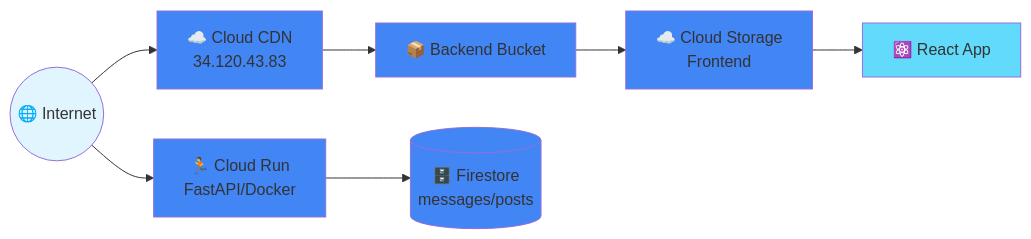
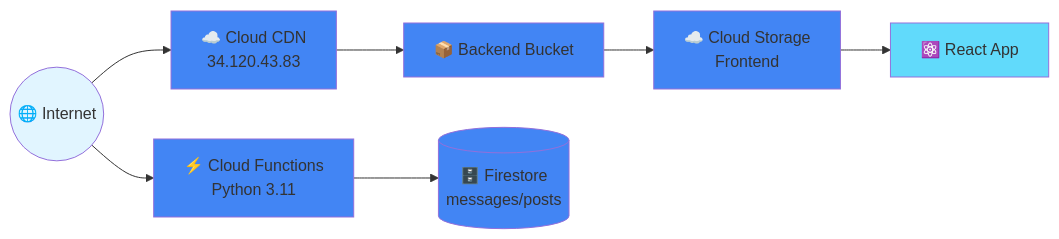
One commit to PLAYER1-r7/multicloud-auto-deploy changed the eighth of 10 diagrams in docs/ARCHITECTURE.md. Above: the diagram before and after it, drawn with Mermaid. The commit also changed other lines of this file and 3 other files, not shown here.

````diff
--- a/docs/ARCHITECTURE.md
+++ b/docs/ARCHITECTURE.md
@@ -196,21 +196,21 @@
 ```mermaid
 graph LR
     Internet((🌐 Internet))
     
     Internet --> CDN[☁️ Cloud CDN<br/>34.120.43.83]
-    Internet --> CloudRun[🏃 Cloud Run<br/>FastAPI/Docker]
+    Internet --> CloudFunctions[⚡ Cloud Functions<br/>Python 3.11]
     
     CDN --> BackendBucket[📦 Backend Bucket]
     BackendBucket --> CloudStorage[☁️ Cloud Storage<br/>Frontend]
     CloudStorage --> React[⚛️ React App]
     
-    CloudRun --> Firestore[(🗄️ Firestore<br/>messages/posts)]
+    CloudFunctions --> Firestore[(🗄️ Firestore<br/>messages/posts)]
     
     style Internet fill:#e1f5ff
     style CDN fill:#4285f4
-    style CloudRun fill:#4285f4
+    style CloudFunctions fill:#4285f4
     style BackendBucket fill:#4285f4
     style CloudStorage fill:#4285f4
     style Firestore fill:#4285f4
     style React fill:#61dafb
 ```
````
